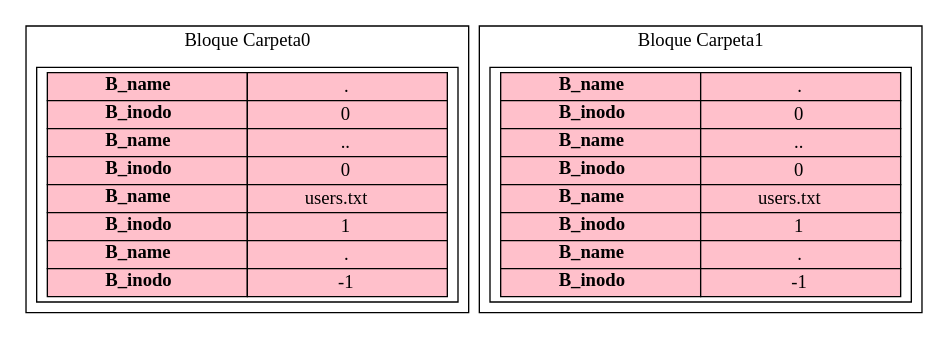
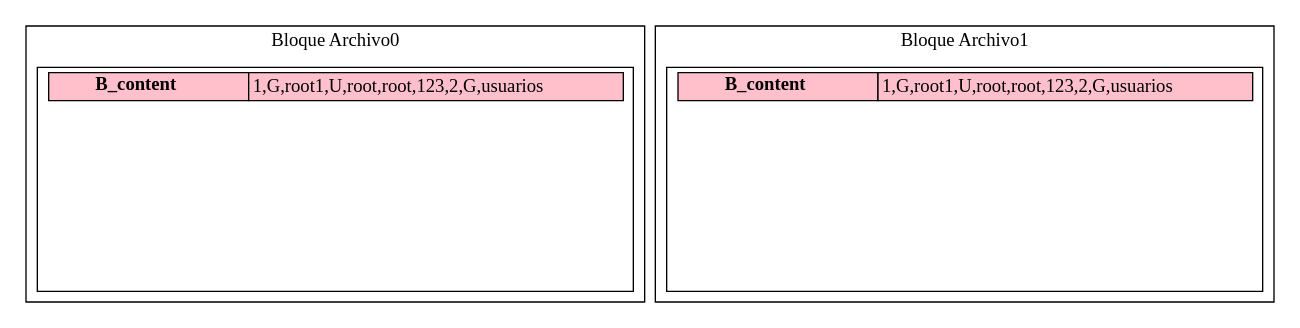
One commit to NatalyDuarte/MIA_P2_202001570 changed the diagram in Backend/Bloques.dot. Above: the diagram before and after it, drawn with Graphviz. The commit also changed 39 other files, not shown here.

```diff
--- a/Backend/Bloques.dot
+++ b/Backend/Bloques.dot
@@ -1,28 +1,18 @@
 digraph G{
 subgraph cluster_0{
- label="Bloque Carpeta0"
+ label="Bloque Archivo0"
 tbl_0[shape=box, label=<
 <table border='0' cellborder='1' cellspacing='0'  width='300' height='160' >
-<tr><td width='150' bgcolor="pink"><b>B_name</b></td><td width='150' bgcolor="pink">.</td></tr>
-<tr><td width='150' bgcolor="pink"><b>B_inodo</b></td><td width='150' bgcolor="pink">0</td></tr>
-<tr><td width='150' bgcolor="pink"><b>B_name</b></td><td width='150' bgcolor="pink">..</td></tr>
-<tr><td width='150' bgcolor="pink"><b>B_inodo</b></td><td width='150' bgcolor="pink">0</td></tr>
-<tr><td width='150' bgcolor="pink"><b>B_name</b></td><td width='150' bgcolor="pink">users.txt</td></tr>
-<tr><td width='150' bgcolor="pink"><b>B_inodo</b></td><td width='150' bgcolor="pink">1</td></tr>
-<tr><td width='150' bgcolor="pink"><b>B_name</b></td><td width='150' bgcolor="pink">.</td></tr>
-<tr><td width='150' bgcolor="pink"><b>B_inodo</b></td><td width='150' bgcolor="pink">-1</td></tr>
+<tr><td width='150' bgcolor="pink"><b>B_content</b></td><td width='150' bgcolor="pink">1,G,root
+1,U,root,root,123
+,2,G,usuarios</td></tr>
 </table>>];}
 subgraph cluster_1{
- label="Bloque Carpeta1"
+ label="Bloque Archivo1"
 tbl_1[shape=box, label=<
 <table border='0' cellborder='1' cellspacing='0'  width='300' height='160' >
-<tr><td width='150' bgcolor="pink"><b>B_name</b></td><td width='150' bgcolor="pink">.</td></tr>
-<tr><td width='150' bgcolor="pink"><b>B_inodo</b></td><td width='150' bgcolor="pink">0</td></tr>
-<tr><td width='150' bgcolor="pink"><b>B_name</b></td><td width='150' bgcolor="pink">..</td></tr>
-<tr><td width='150' bgcolor="pink"><b>B_inodo</b></td><td width='150' bgcolor="pink">0</td></tr>
-<tr><td width='150' bgcolor="pink"><b>B_name</b></td><td width='150' bgcolor="pink">users.txt</td></tr>
-<tr><td width='150' bgcolor="pink"><b>B_inodo</b></td><td width='150' bgcolor="pink">1</td></tr>
-<tr><td width='150' bgcolor="pink"><b>B_name</b></td><td width='150' bgcolor="pink">.</td></tr>
-<tr><td width='150' bgcolor="pink"><b>B_inodo</b></td><td width='150' bgcolor="pink">-1</td></tr>
+<tr><td width='150' bgcolor="pink"><b>B_content</b></td><td width='150' bgcolor="pink">1,G,root
+1,U,root,root,123
+,2,G,usuarios</td></tr>
 </table>>];}
 }
```
